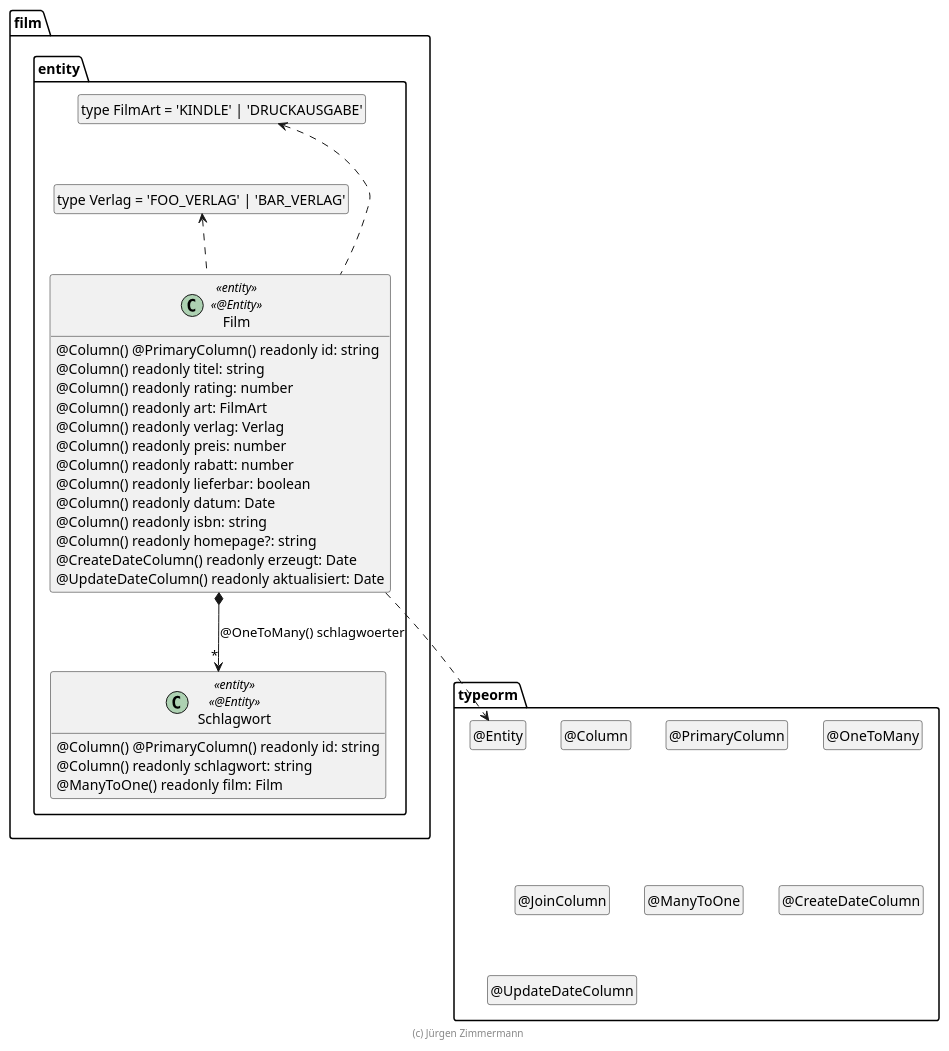
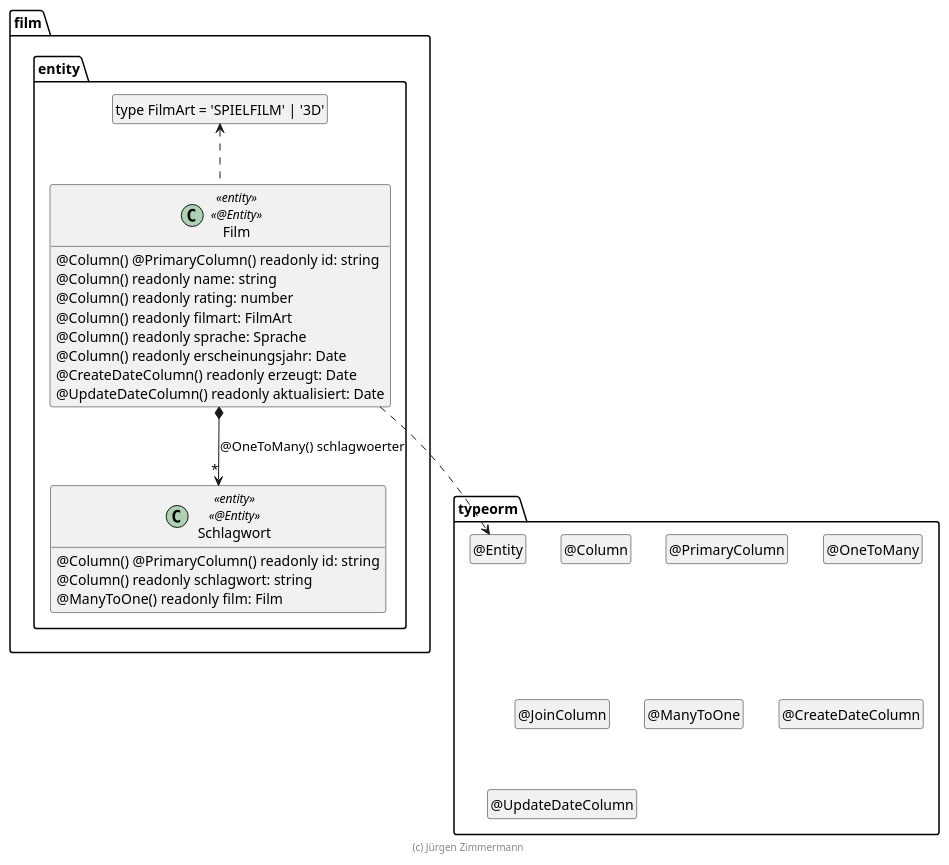
The diagram in .extras/doc/entwicklerhandbuch/Film.plantuml (Yuszi/Film), drawn with PlantUML before and after one commit. The commit also changed 8 other files, not shown here.

Commit message:
plantuml logger und bugs

```diff
--- a/.extras/doc/entwicklerhandbuch/Film.plantuml
+++ b/.extras/doc/entwicklerhandbuch/Film.plantuml
@@ -18,63 +18,53 @@
 @startuml Entity
 
 package typeorm {
   class "@Entity" as Entity
   hide Entity circle
   class "@Column" as Column
   hide Column circle
   class "@PrimaryColumn" as PrimaryColumn
   hide PrimaryColumn circle
   class "@OneToMany" as OneToMany
   hide OneToMany circle
   class "@JoinColumn" as JoinColumn
   hide JoinColumn circle
   class "@ManyToOne" as ManyToOne
   hide ManyToOne circle
   class "@CreateDateColumn" as CreateDateColumn
   hide CreateDateColumn circle
   class "@UpdateDateColumn" as UpdateDateColumn
   hide UpdateDateColumn circle
 }
 
 package film.entity {
-  class "type FilmArt = 'KINDLE' | 'DRUCKAUSGABE'" as FilmArt
+  class "type FilmArt = 'SPIELFILM' | '3D'" as FilmArt
   hide FilmArt circle
-
-  class "type Verlag = 'FOO_VERLAG' | 'BAR_VERLAG'" as Verlag
-  hide Verlag circle
 
   class Film <<entity>> <<@Entity>> {
     @Column() @PrimaryColumn() readonly id: string
-    @Column() readonly titel: string
+    @Column() readonly name: string
     @Column() readonly rating: number
-    @Column() readonly art: FilmArt
-    @Column() readonly verlag: Verlag
-    @Column() readonly preis: number
-    @Column() readonly rabatt: number
-    @Column() readonly lieferbar: boolean
-    @Column() readonly datum: Date
-    @Column() readonly isbn: string
-    @Column() readonly homepage?: string
+    @Column() readonly filmart: FilmArt
+    @Column() readonly sprache: Sprache
+    @Column() readonly erscheinungsjahr: Date
     @CreateDateColumn() readonly erzeugt: Date
     @UpdateDateColumn() readonly aktualisiert: Date
   }
 
   class Schlagwort <<entity>> <<@Entity>> {
     @Column() @PrimaryColumn() readonly id: string
     @Column() readonly schlagwort: string
     @ManyToOne() readonly film: Film
   }
 
   Film ..> Entity
   Film *--> "*" Schlagwort : @OneToMany() schlagwoerter
   Film .up.> FilmArt
-  Film .up.> Verlag
 
-  FilmArt .[hidden].> Verlag
 }
 
 hide empty members
 
 footer (c) Jürgen Zimmermann
 
 @enduml
```
